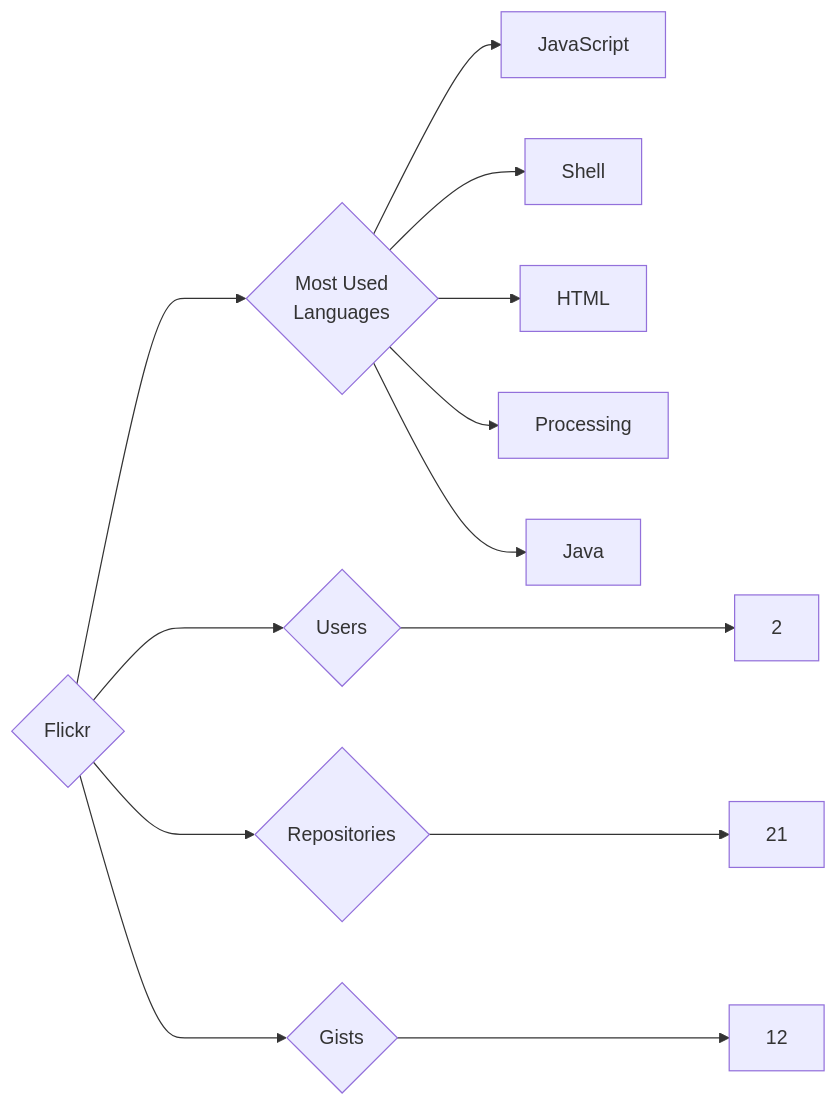
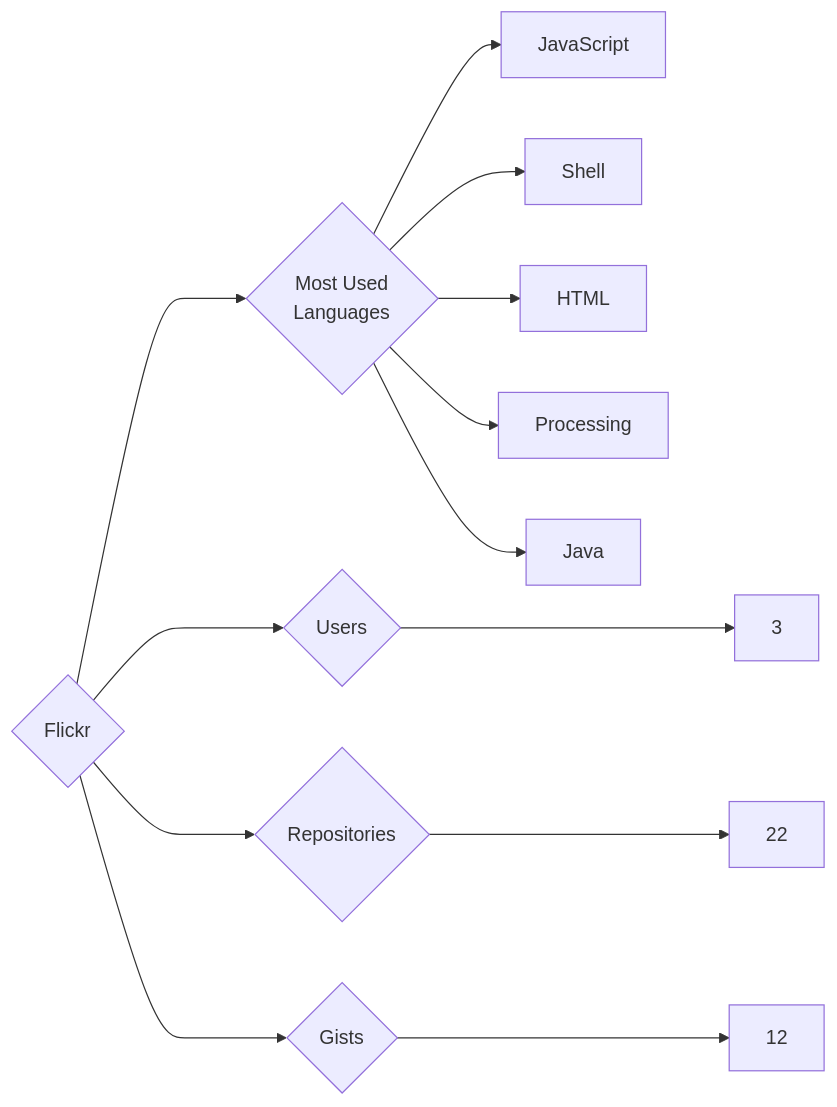
Before and after one commit to trickest/insiders: the diagram in targets/Flickr/README.md, drawn with Mermaid. The commit also changed 1055 other files, not shown here.

````diff
--- a/targets/Flickr/README.md
+++ b/targets/Flickr/README.md
@@ -3,13 +3,13 @@
 ```mermaid
 graph LR
 COMPANY_NAME{Flickr}
-COMPANY_NAME ---> U{Users} ---> UN[2]
-COMPANY_NAME ---> R{Repositories} ---> RN[21]
+COMPANY_NAME ---> U{Users} ---> UN[3]
+COMPANY_NAME ---> R{Repositories} ---> RN[22]
 COMPANY_NAME ---> G{Gists} ---> GN[12]
 COMPANY_NAME ---> ML{Most Used<br>Languages}
 ML --> JavaScript[JavaScript]
 ML --> Shell[Shell]
 ML --> HTML[HTML]
 ML --> Processing[Processing]
 ML --> Java[Java]
 ```
````
